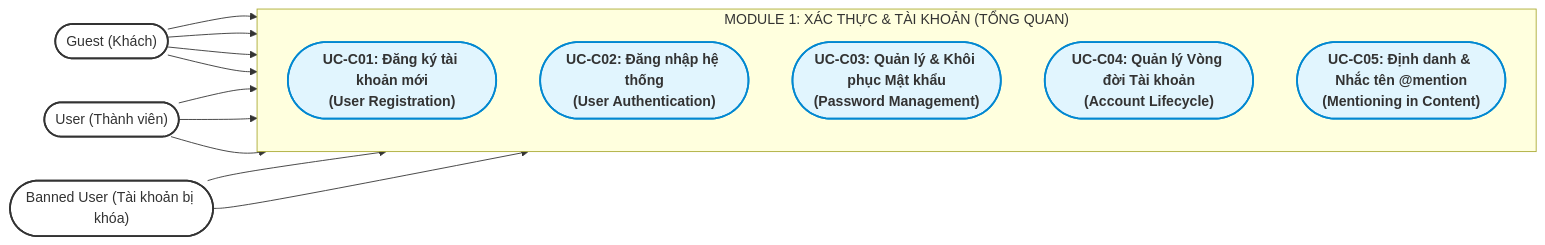
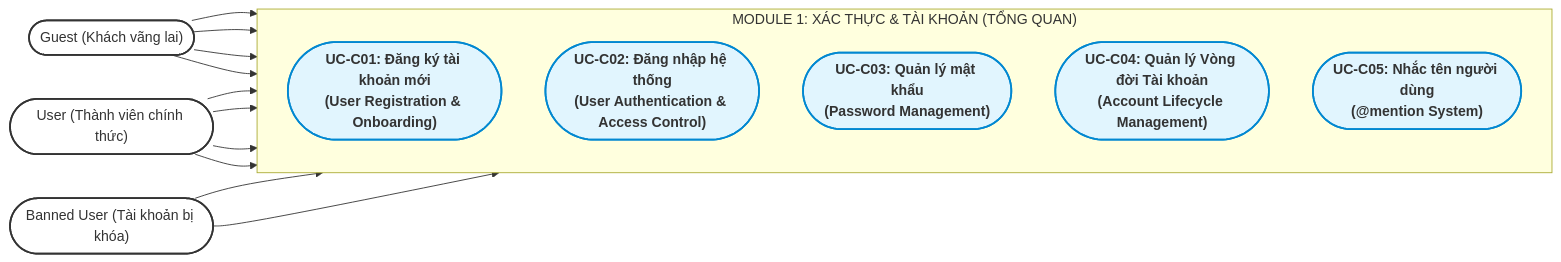
One commit to dat2k42004/iShare changed the first of 7 diagrams in docs/specs/us/US-M01.md. Above: the diagram before and after it, drawn with Mermaid. The commit also changed other lines of this file, not shown here.

Commit message:
docs: add us analysis for module 1 (authentication & account)

````diff
--- a/docs/specs/us/US-M01.md
+++ b/docs/specs/us/US-M01.md
@@ -59,36 +59,37 @@
 ```mermaid
 flowchart LR
     %% ACTORS
-    Guest(["Guest (Khách)"])
-    User(["User (Thành viên)"])
+    Guest(["Guest (Khách vãng lai)"])
+    User(["User (Thành viên chính thức)"])
     BannedUser(["Banned User (Tài khoản bị khóa)"])
 
     %% CORE USE CASES
     subgraph M01_Core ["MODULE 1: XÁC THỰC & TÀI KHOẢN (TỔNG QUAN)"]
         direction TB
-        UC_REG(["UC-C01: Đăng ký tài khoản mới<br/>(User Registration)"])
-        UC_AUTH(["UC-C02: Đăng nhập hệ thống<br/>(User Authentication)"])
-        UC_PWD(["UC-C03: Quản lý & Khôi phục Mật khẩu<br/>(Password Management)"])
-        UC_LIFE(["UC-C04: Quản lý Vòng đời Tài khoản<br/>(Account Lifecycle)"])
-        UC_MENTION(["UC-C05: Định danh & Nhắc tên @mention<br/>(Mentioning in Content)"])
+        UC_REG(["UC-C01: Đăng ký tài khoản mới<br/>(User Registration & Onboarding)"])
+        UC_AUTH(["UC-C02: Đăng nhập hệ thống<br/>(User Authentication & Access Control)"])
+        UC_PWD(["UC-C03: Quản lý mật khẩu<br/>(Password Management)"])
+        UC_LIFE(["UC-C04: Quản lý Vòng đời Tài khoản<br/>(Account Lifecycle Management)"])
+        UC_MENTION(["UC-C05: Nhắc tên người dùng<br/>(@mention System)"])
     end
 
     %% LIÊN KẾT ACTOR - USE CASE CHÍNH
     Guest --> UC_REG
     Guest --> UC_AUTH
     Guest --> UC_PWD
     Guest --> UC_LIFE
 
+    User --> UC_AUTH
     User --> UC_PWD
     User --> UC_LIFE
     User --> UC_MENTION
 
     BannedUser --> UC_AUTH
     BannedUser --> UC_PWD
 
     %% Styling
     classDef actorStyle fill:#ffffff,stroke:#333333,stroke-width:2px;
     classDef coreUC fill:#e1f5fe,stroke:#0288d1,stroke-width:2px,font-weight:bold;
     class Guest,User,BannedUser actorStyle;
     class UC_REG,UC_AUTH,UC_PWD,UC_LIFE,UC_MENTION coreUC;
 ```
````
